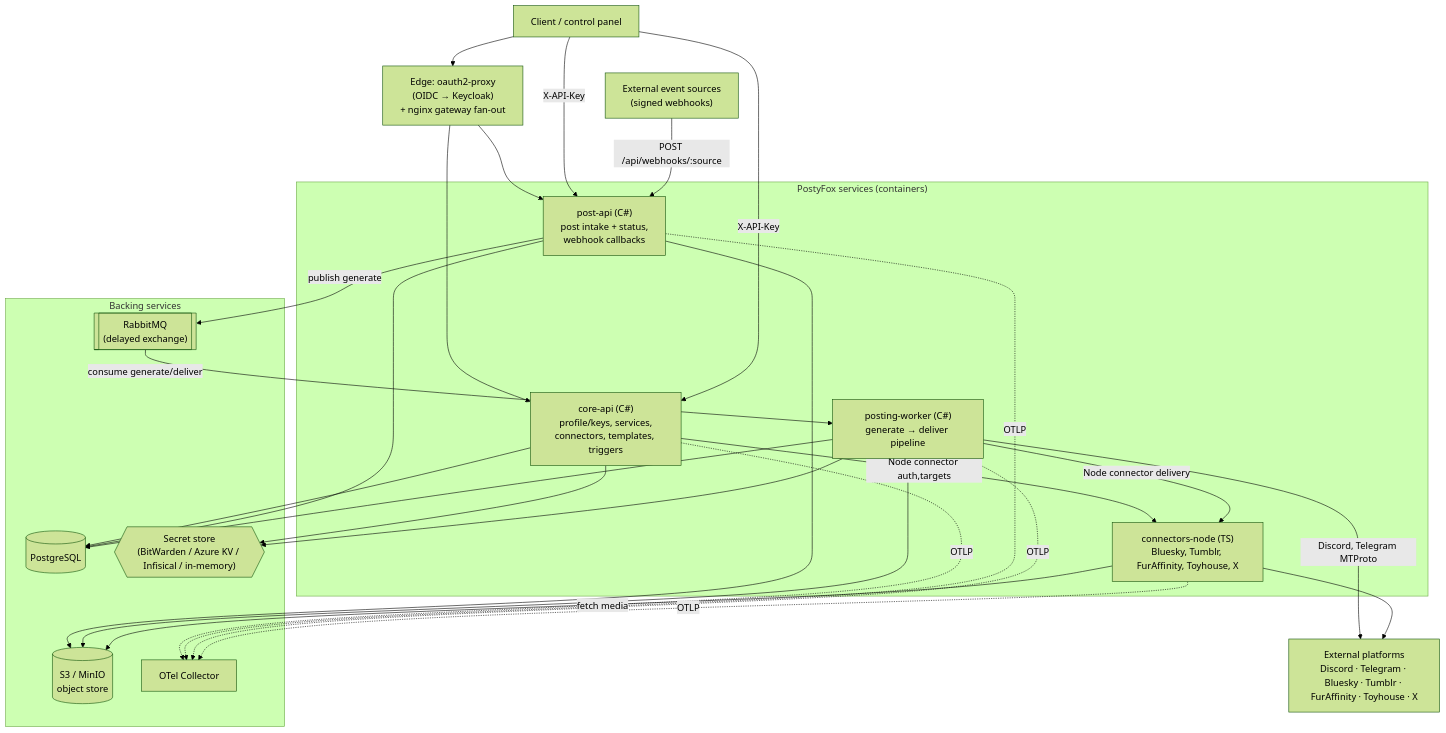
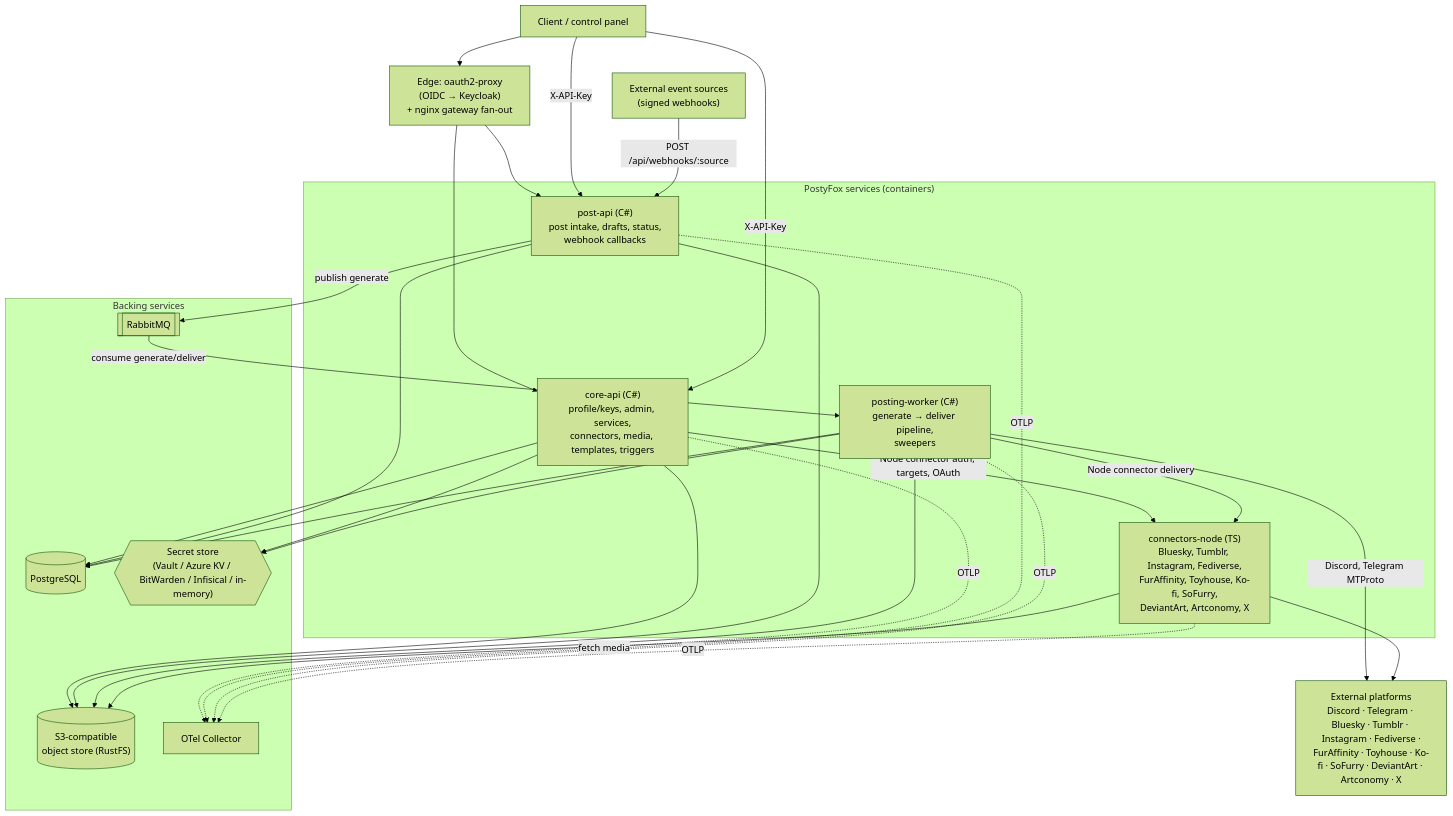
The first of 7 diagrams in docs/ARCHITECTURE.md (PostyFox/postyfox-core), drawn with Mermaid (forest theme) before and after one commit. The commit also changed other lines of this file and 19 other files, not shown here.

````diff
--- a/docs/ARCHITECTURE.md
+++ b/docs/ARCHITECTURE.md
@@ -35,40 +35,40 @@
 ```mermaid
 flowchart TB
     client["Client / control panel"]
     edge["Edge: oauth2-proxy<br/>(OIDC → Keycloak)<br/>+ nginx gateway fan-out"]
 
     subgraph apps["PostyFox services (containers)"]
-        core["core-api (C#)<br/>profile/keys, services,<br/>connectors, templates, triggers"]
-        post["post-api (C#)<br/>post intake + status,<br/>webhook callbacks"]
-        worker["posting-worker (C#)<br/>generate → deliver pipeline"]
-        node["connectors-node (TS)<br/>Bluesky, Tumblr, FurAffinity, Toyhouse, X"]
+        core["core-api (C#)<br/>profile/keys, admin, services,<br/>connectors, media, templates, triggers"]
+        post["post-api (C#)<br/>post intake, drafts, status,<br/>webhook callbacks"]
+        worker["posting-worker (C#)<br/>generate → deliver pipeline,<br/>sweepers"]
+        node["connectors-node (TS)<br/>Bluesky, Tumblr, Instagram, Fediverse,<br/>FurAffinity, Toyhouse, Ko-fi, SoFurry,<br/>DeviantArt, Artconomy, X"]
     end
 
     subgraph backing["Backing services"]
         pg[("PostgreSQL")]
-        s3[("S3 / MinIO<br/>object store")]
-        mq[["RabbitMQ<br/>(delayed exchange)"]]
-        sec{{"Secret store<br/>(BitWarden / Azure KV / Infisical / in-memory)"}}
+        s3[("S3-compatible<br/>object store (RustFS)")]
+        mq[["RabbitMQ"]]
+        sec{{"Secret store<br/>(Vault / Azure KV / BitWarden / Infisical / in-memory)"}}
         otel["OTel Collector"]
     end
 
-    ext["External platforms<br/>Discord · Telegram · Bluesky · Tumblr · FurAffinity · Toyhouse · X"]
+    ext["External platforms<br/>Discord · Telegram · Bluesky · Tumblr · Instagram · Fediverse ·<br/>FurAffinity · Toyhouse · Ko-fi · SoFurry · DeviantArt · Artconomy · X"]
     src["External event sources<br/>(signed webhooks)"]
 
     client --> edge --> core & post
     client -->|X-API-Key| core & post
 
-    core --> pg & sec
-    core -->|Node connector auth,targets| node
+    core --> pg & s3 & sec
+    core -->|Node connector auth, targets, OAuth| node
     post --> pg & s3
     post -->|publish generate| mq
     src -->|POST /api/webhooks/:source| post
 
     mq -->|consume generate/deliver| worker
     worker --> pg & s3 & sec
     worker -->|Discord, Telegram MTProto| ext
     worker -->|Node connector delivery| node --> ext
     node -->|fetch media| s3
 
     core & post & worker & node -.OTLP.-> otel
 ```
````
